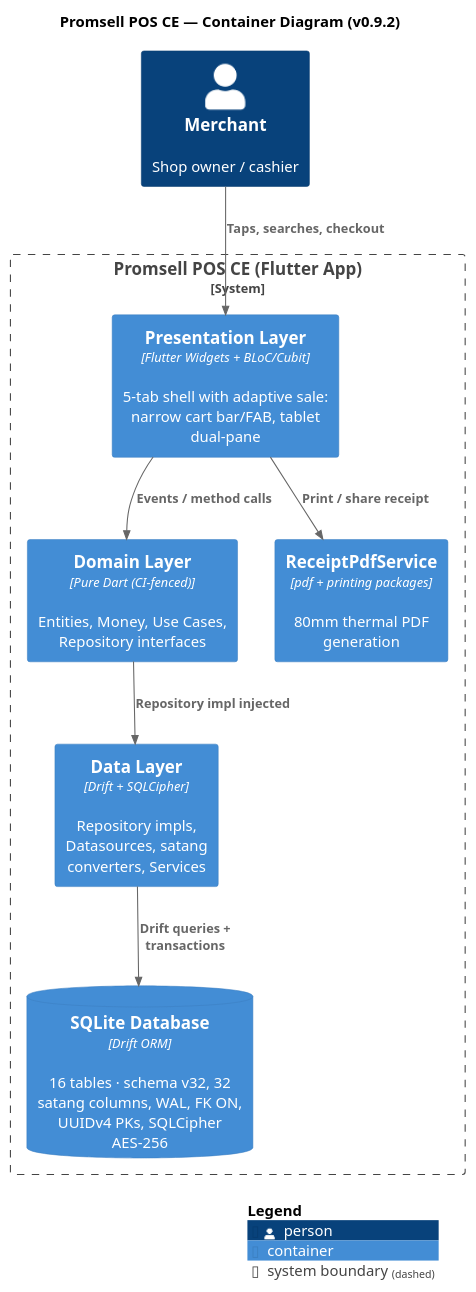
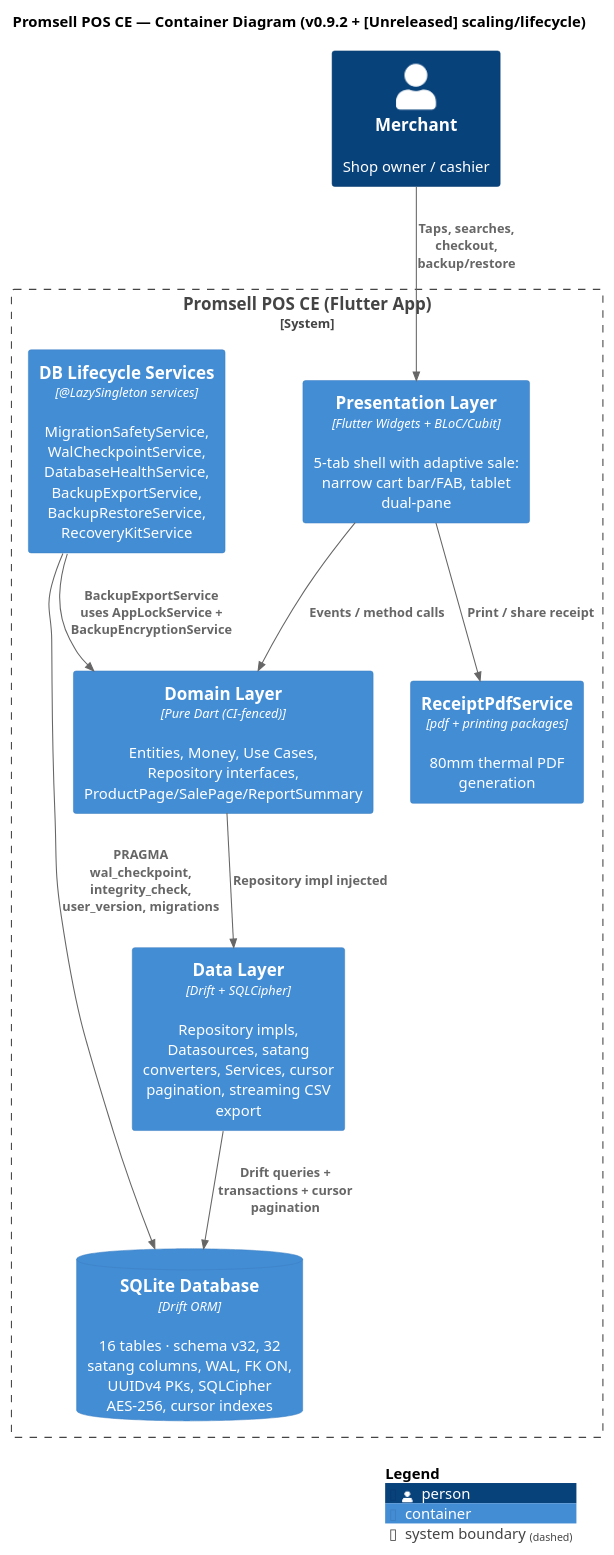
One commit to MN-Lizard-Team/promsell-pos-ce changed the diagram in docs/architecture/puml/c4-container.puml. Above: the diagram before and after it, drawn with PlantUML. The commit also changed 44 other files, not shown here.

```diff
--- a/docs/architecture/puml/c4-container.puml
+++ b/docs/architecture/puml/c4-container.puml
@@ -1,23 +1,26 @@
 @startuml C4_Container
 !include https://raw.githubusercontent.com/plantuml-stdlib/C4-PlantUML/master/C4_Container.puml
 
-title Promsell POS CE — Container Diagram (v0.9.2)
+title Promsell POS CE — Container Diagram (v0.9.2 + [Unreleased] scaling/lifecycle)
 
 Person(merchant, "Merchant", "Shop owner / cashier")
 
 System_Boundary(app, "Promsell POS CE (Flutter App)") {
     Container(ui, "Presentation Layer", "Flutter Widgets + BLoC/Cubit", "5-tab shell with adaptive sale: narrow cart bar/FAB, tablet dual-pane")
-    Container(domain, "Domain Layer", "Pure Dart (CI-fenced)", "Entities, Money, Use Cases, Repository interfaces")
-    Container(data, "Data Layer", "Drift + SQLCipher", "Repository impls, Datasources, satang converters, Services")
-    ContainerDb(sqlite, "SQLite Database", "Drift ORM", "16 tables · schema v32, 32 satang columns, WAL, FK ON, UUIDv4 PKs, SQLCipher AES-256")
+    Container(domain, "Domain Layer", "Pure Dart (CI-fenced)", "Entities, Money, Use Cases, Repository interfaces, ProductPage/SalePage/ReportSummary")
+    Container(data, "Data Layer", "Drift + SQLCipher", "Repository impls, Datasources, satang converters, Services, cursor pagination, streaming CSV export")
+    ContainerDb(sqlite, "SQLite Database", "Drift ORM", "16 tables · schema v32, 32 satang columns, WAL, FK ON, UUIDv4 PKs, SQLCipher AES-256, cursor indexes")
     Container(pdf, "ReceiptPdfService", "pdf + printing packages", "80mm thermal PDF generation")
+    Container(lifecycle, "DB Lifecycle Services", "@LazySingleton services", "MigrationSafetyService, WalCheckpointService, DatabaseHealthService, BackupExportService, BackupRestoreService, RecoveryKitService")
 }
 
-Rel(merchant, ui, "Taps, searches, checkout")
+Rel(merchant, ui, "Taps, searches, checkout, backup/restore")
 Rel(ui, domain, "Events / method calls")
 Rel(domain, data, "Repository impl injected")
-Rel(data, sqlite, "Drift queries + transactions")
+Rel(data, sqlite, "Drift queries + transactions + cursor pagination")
 Rel(ui, pdf, "Print / share receipt")
+Rel(lifecycle, sqlite, "PRAGMA wal_checkpoint, integrity_check, user_version, migrations")
+Rel(lifecycle, domain, "BackupExportService uses AppLockService + BackupEncryptionService")
 
 SHOW_LEGEND()
 @enduml
```
